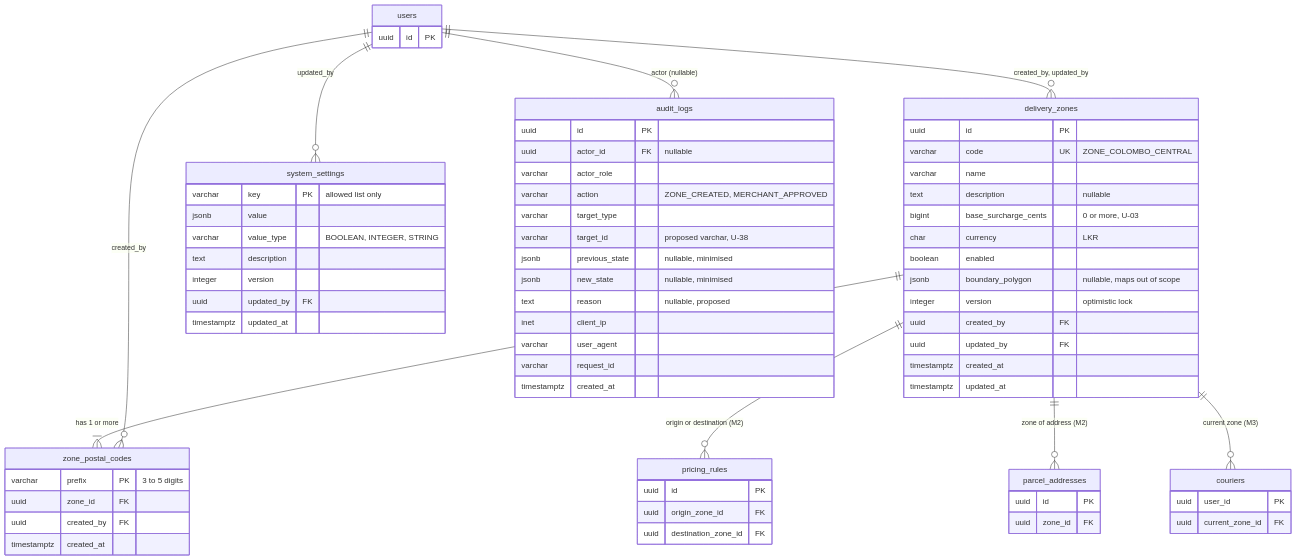
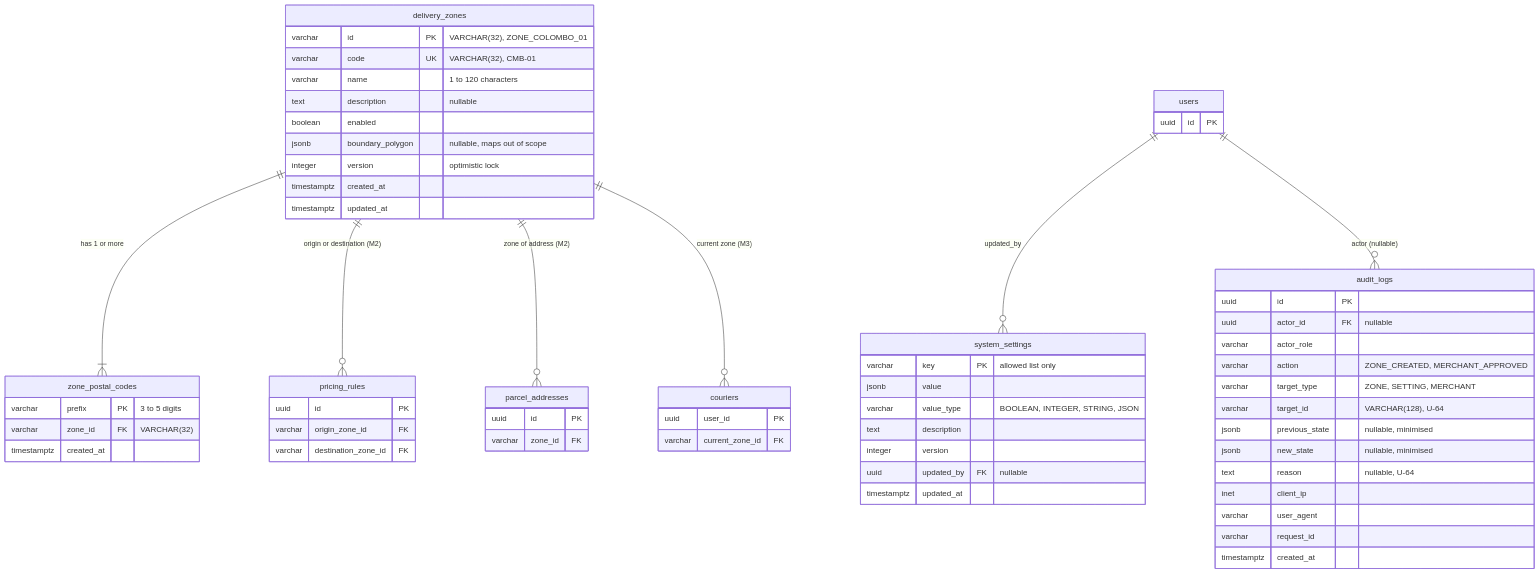
Before and after one commit to phantomTroupeEAD/SwiftDrop: the second of 11 diagrams in docs/drafts/member-07-dispatcher-admin-web-gateway/doc-05-data-and-persistence.md, drawn with Mermaid. The commit also changed other lines of this file and 125 other files, not shown here.

````diff
--- a/docs/drafts/member-07-dispatcher-admin-web-gateway/doc-05-data-and-persistence.md
+++ b/docs/drafts/member-07-dispatcher-admin-web-gateway/doc-05-data-and-persistence.md
@@ -85,73 +85,66 @@
 ```mermaid
 erDiagram
     delivery_zones ||--|{ zone_postal_codes : "has 1 or more"
     delivery_zones ||--o{ pricing_rules : "origin or destination (M2)"
     delivery_zones ||--o{ parcel_addresses : "zone of address (M2)"
     delivery_zones ||--o{ couriers : "current zone (M3)"
-    users ||--o{ delivery_zones : "created_by, updated_by"
-    users ||--o{ zone_postal_codes : "created_by"
     users ||--o{ system_settings : "updated_by"
     users ||--o{ audit_logs : "actor (nullable)"
 
     delivery_zones {
-        uuid id PK
-        varchar code UK "ZONE_COLOMBO_CENTRAL"
-        varchar name
+        varchar id PK "VARCHAR(32), ZONE_COLOMBO_01"
+        varchar code UK "VARCHAR(32), CMB-01"
+        varchar name "1 to 120 characters"
         text description "nullable"
-        bigint base_surcharge_cents "0 or more, U-03"
-        char currency "LKR"
         boolean enabled
         jsonb boundary_polygon "nullable, maps out of scope"
         integer version "optimistic lock"
-        uuid created_by FK
-        uuid updated_by FK
         timestamptz created_at
         timestamptz updated_at
     }
     zone_postal_codes {
         varchar prefix PK "3 to 5 digits"
-        uuid zone_id FK
-        uuid created_by FK
+        varchar zone_id FK "VARCHAR(32)"
         timestamptz created_at
     }
     system_settings {
         varchar key PK "allowed list only"
         jsonb value
-        varchar value_type "BOOLEAN, INTEGER, STRING"
+        varchar value_type "BOOLEAN, INTEGER, STRING, JSON"
         text description
         integer version
-        uuid updated_by FK
+        uuid updated_by FK "nullable"
         timestamptz updated_at
     }
     audit_logs {
         uuid id PK
         uuid actor_id FK "nullable"
         varchar actor_role
         varchar action "ZONE_CREATED, MERCHANT_APPROVED"
-        varchar target_type
-        varchar target_id "proposed varchar, U-38"
+        varchar target_type "ZONE, SETTING, MERCHANT"
+        varchar target_id "VARCHAR(128), U-64"
         jsonb previous_state "nullable, minimised"
         jsonb new_state "nullable, minimised"
-        text reason "nullable, proposed"
+        text reason "nullable, U-64"
         inet client_ip
         varchar user_agent
         varchar request_id
         timestamptz created_at
     }
     users {
         uuid id PK
     }
     pricing_rules {
         uuid id PK
-        uuid origin_zone_id FK
-        uuid destination_zone_id FK
+        varchar origin_zone_id FK
+        varchar destination_zone_id FK
     }
     parcel_addresses {
         uuid id PK
-        uuid zone_id FK
+        varchar zone_id FK
     }
     couriers {
         uuid user_id PK
-        uuid current_zone_id FK
+        varchar current_zone_id FK
     }
 ```
````
